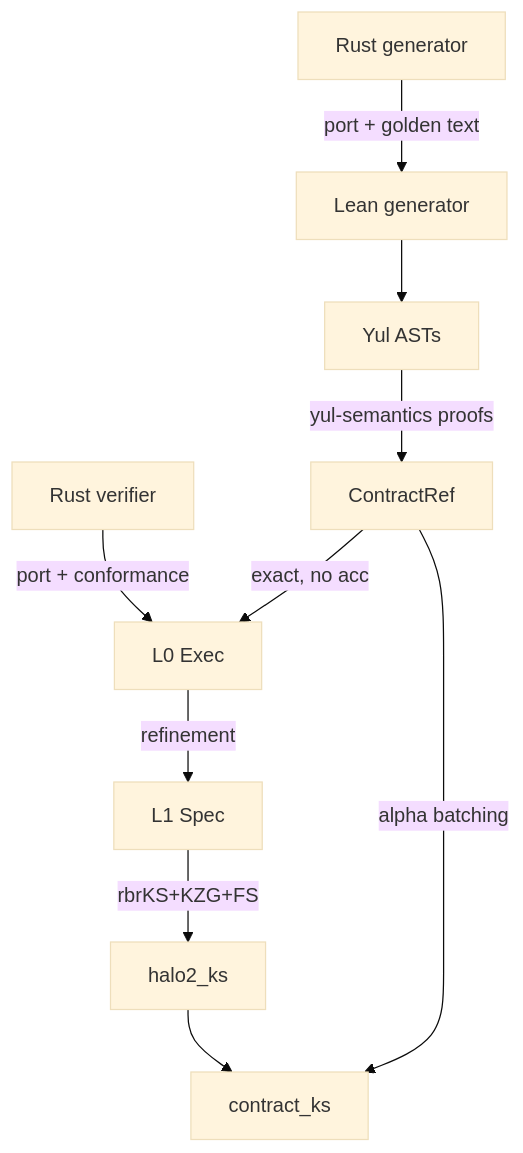
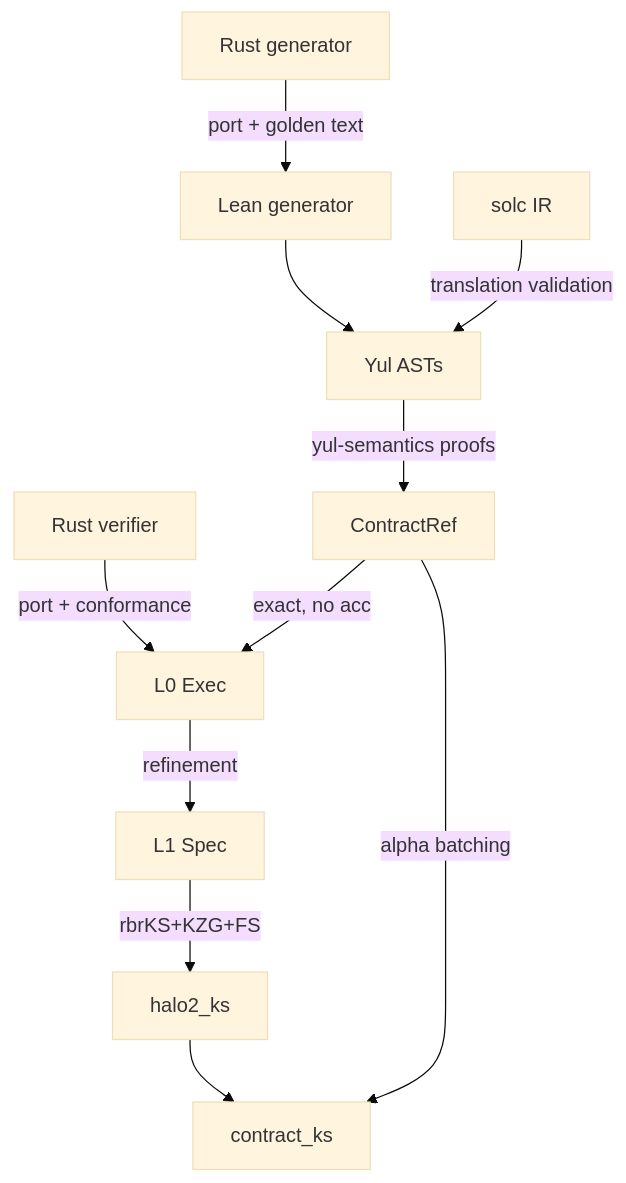
The diagram in formal/docs/PLAN.md (EYBlockchain/midfall), drawn with Mermaid (base theme) before and after one commit. The commit also changed other lines of this file, not shown here.

````diff
--- a/formal/docs/PLAN.md
+++ b/formal/docs/PLAN.md
@@ -16,12 +26,13 @@
 ```mermaid
 flowchart TD
   RV[Rust verifier] -->|port + conformance| L0[L0 Exec]
   L0 -->|refinement| L1[L1 Spec]
   L1 -->|rbrKS+KZG+FS| S1[halo2_ks]
   RG[Rust generator] -->|port + golden text| LG[Lean generator]
   LG --> YA[Yul ASTs]
+  SI[solc IR] -->|translation validation| YA
   YA -->|yul-semantics proofs| CR[ContractRef]
   CR -->|exact, no acc| L0
   CR -->|alpha batching| S7[contract_ks]
   S1 --> S7
 ```
````
